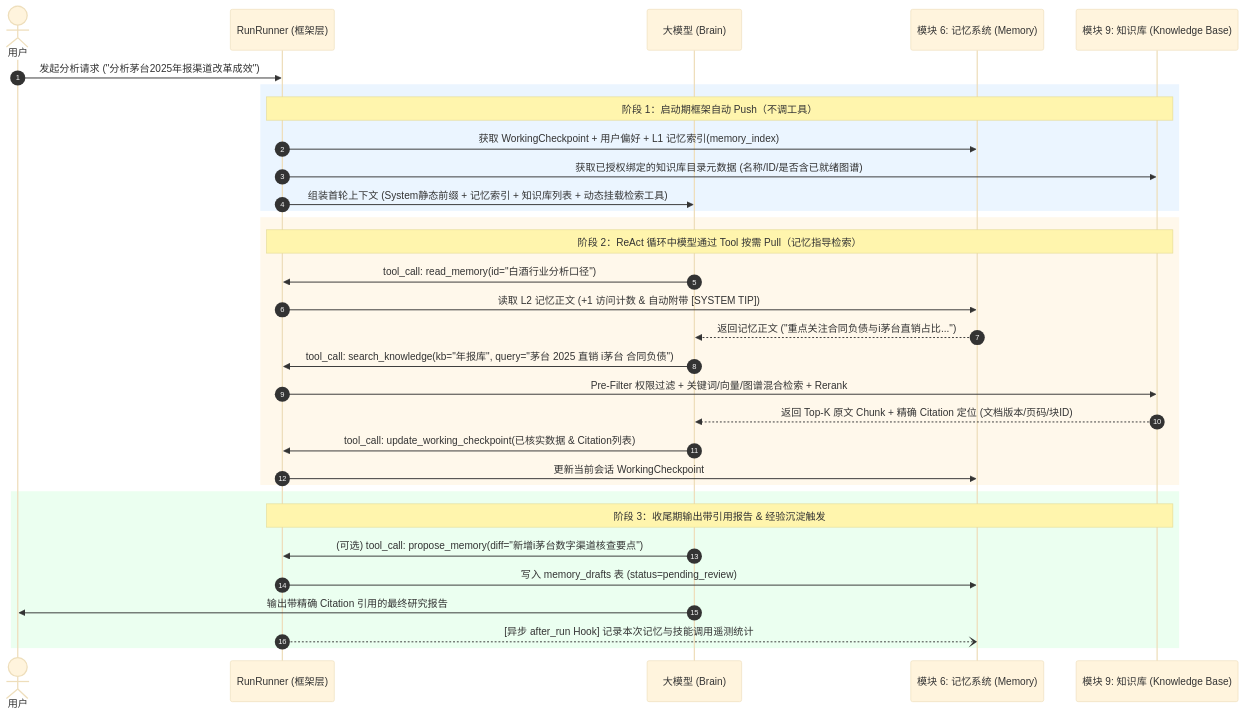
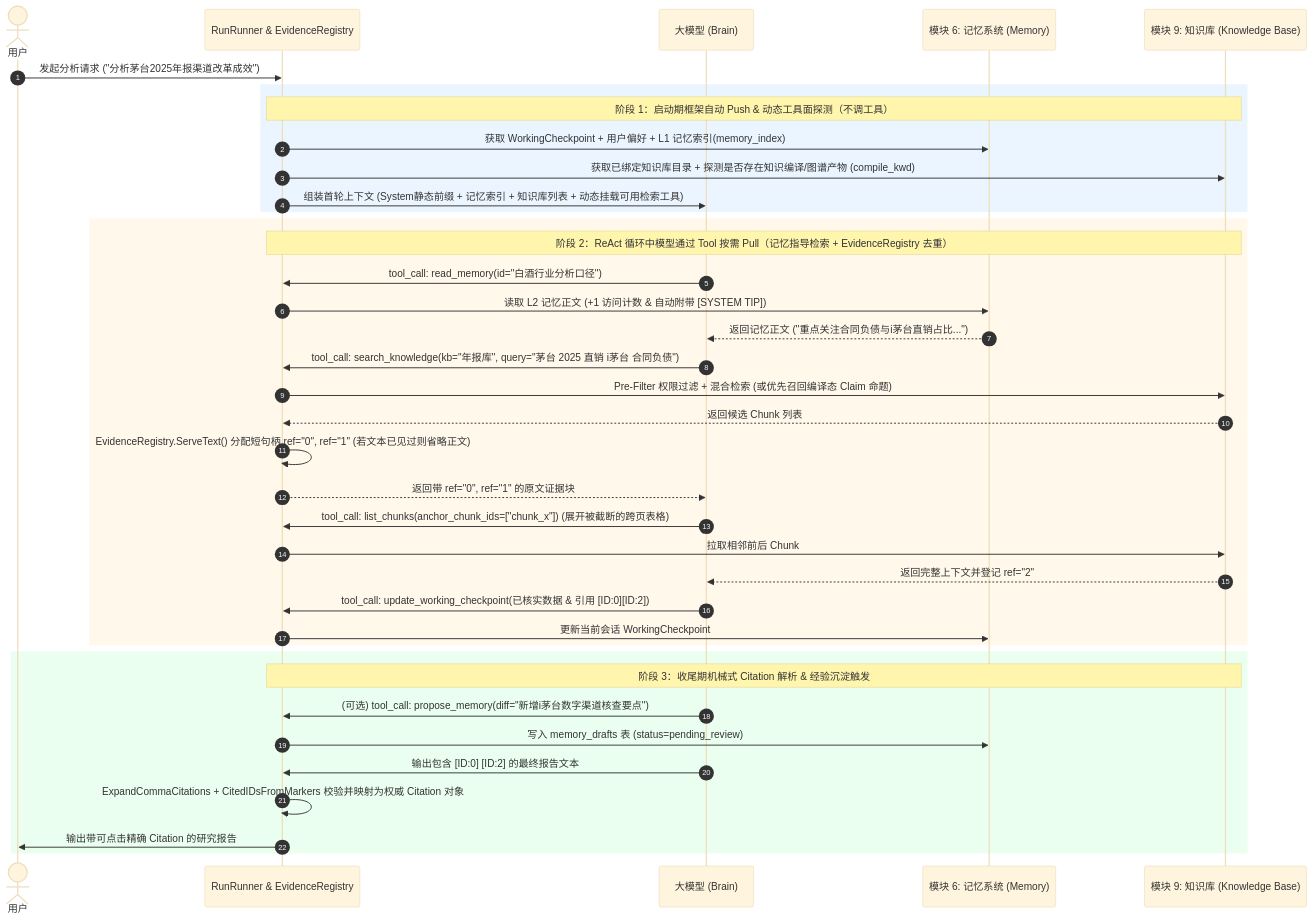
The second of 2 diagrams in docs/pending/nine-modules-best-of-breed-selection.md (chenkuangfeng/hyoga-nexus), drawn with Mermaid (base theme) before and after one commit. The commit also changed other lines of this file, not shown here.

Commit message:
docs: upgrade to 9-module architecture with KB vs Memory analysis and RAGFlow insights

````diff
--- a/docs/pending/nine-modules-best-of-breed-selection.md
+++ b/docs/pending/nine-modules-best-of-breed-selection.md
@@ -140,40 +143,47 @@
 ```mermaid
 sequenceDiagram
     autonumber
     actor User as 用户
-    participant Runner as RunRunner (框架层)
+    participant Runner as RunRunner & EvidenceRegistry
     participant LLM as 大模型 (Brain)
     participant Mem as 模块 6: 记忆系统 (Memory)
     participant KB as 模块 9: 知识库 (Knowledge Base)
 
     User->>Runner: 发起分析请求 ("分析茅台2025年报渠道改革成效")
-
+    
     rect rgb(235, 245, 255)
-        Note over Runner,KB: 阶段 1：启动期框架自动 Push（不调工具）
+        Note over Runner,KB: 阶段 1：启动期框架自动 Push & 动态工具面探测（不调工具）
         Runner->>Mem: 获取 WorkingCheckpoint + 用户偏好 + L1 记忆索引(memory_index)
-        Runner->>KB: 获取已授权绑定的知识库目录元数据 (名称/ID/是否含已就绪图谱)
-        Runner->>LLM: 组装首轮上下文 (System静态前缀 + 记忆索引 + 知识库列表 + 动态挂载检索工具)
+        Runner->>KB: 获取已绑定知识库目录 + 探测是否存在知识编译/图谱产物 (compile_kwd)
+        Runner->>LLM: 组装首轮上下文 (System静态前缀 + 记忆索引 + 知识库列表 + 动态挂载可用检索工具)
     end
 
     rect rgb(255, 248, 235)
-        Note over Runner,KB: 阶段 2：ReAct 循环中模型通过 Tool 按需 Pull（记忆指导检索）
+        Note over Runner,KB: 阶段 2：ReAct 循环中模型通过 Tool 按需 Pull（记忆指导检索 + EvidenceRegistry 去重）
         LLM->>Runner: tool_call: read_memory(id="白酒行业分析口径")
         Runner->>Mem: 读取 L2 记忆正文 (+1 访问计数 & 自动附带 [SYSTEM TIP])
         Mem-->>LLM: 返回记忆正文 ("重点关注合同负债与i茅台直销占比...")
-
+        
         LLM->>Runner: tool_call: search_knowledge(kb="年报库", query="茅台 2025 直销 i茅台 合同负债")
-        Runner->>KB: Pre-Filter 权限过滤 + 关键词/向量/图谱混合检索 + Rerank
-        KB-->>LLM: 返回 Top-K 原文 Chunk + 精确 Citation 定位 (文档版本/页码/块ID)
-
-        LLM->>Runner: tool_call: update_working_checkpoint(已核实数据 & Citation列表)
+        Runner->>KB: Pre-Filter 权限过滤 + 混合检索 (或优先召回编译态 Claim 命题)
+        KB-->>Runner: 返回候选 Chunk 列表
+        Runner->>Runner: EvidenceRegistry.ServeText() 分配短句柄 ref="0", ref="1" (若文本已见过则省略正文)
+        Runner-->>LLM: 返回带 ref="0", ref="1" 的原文证据块
+        
+        LLM->>Runner: tool_call: list_chunks(anchor_chunk_ids=["chunk_x"]) (展开被截断的跨页表格)
+        Runner->>KB: 拉取相邻前后 Chunk
+        KB-->>LLM: 返回完整上下文并登记 ref="2"
+        
+        LLM->>Runner: tool_call: update_working_checkpoint(已核实数据 & 引用 [ID:0][ID:2])
         Runner->>Mem: 更新当前会话 WorkingCheckpoint
     end
 
     rect rgb(235, 255, 240)
-        Note over Runner,KB: 阶段 3：收尾期输出带引用报告 & 经验沉淀触发
+        Note over Runner,KB: 阶段 3：收尾期机械式 Citation 解析 & 经验沉淀触发
         LLM->>Runner: (可选) tool_call: propose_memory(diff="新增i茅台数字渠道核查要点")
         Runner->>Mem: 写入 memory_drafts 表 (status=pending_review)
-        LLM->>User: 输出带精确 Citation 引用的最终研究报告
-        Runner--)Mem: [异步 after_run Hook] 记录本次记忆与技能调用遥测统计
+        LLM->>Runner: 输出包含 [ID:0] [ID:2] 的最终报告文本
+        Runner->>Runner: ExpandCommaCitations + CitedIDsFromMarkers 校验并映射为权威 Citation 对象
+        Runner->>User: 输出带可点击精确 Citation 的研究报告
     end
 ```
````
